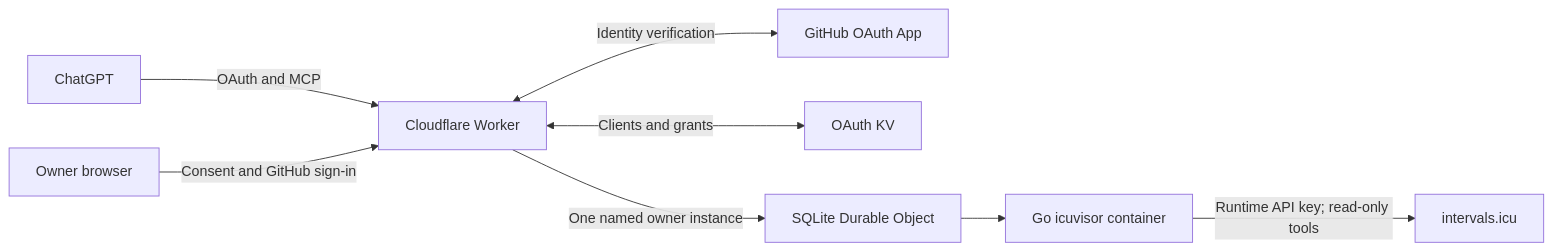
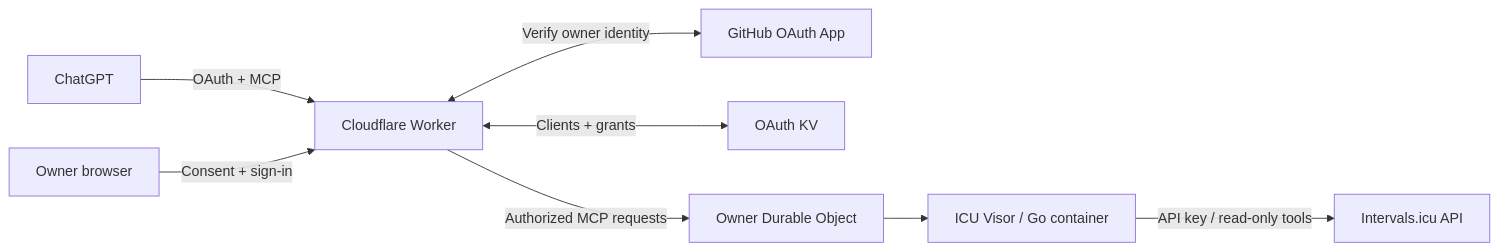
Before and after one commit to lirantal/cloudflare-intervals-icu-mcp-template: the diagram in README.md, drawn with Mermaid. The commit also changed other lines of this file, not shown here.

Commit message:
docs: improve Intervals.icu template README

````diff
--- a/README.md
+++ b/README.md
@@ -7,10 +18,10 @@
 ```mermaid
 flowchart LR
-  C[ChatGPT] -->|OAuth and MCP| W[Cloudflare Worker]
-  B[Owner browser] -->|Consent and GitHub sign-in| W
-  W <-->|Identity verification| G[GitHub OAuth App]
-  W <-->|Clients and grants| K[OAuth KV]
-  W -->|One named owner instance| D[SQLite Durable Object]
-  D --> V[Go icuvisor container]
-  V -->|Runtime API key; read-only tools| I[intervals.icu]
+  C[ChatGPT] -->|OAuth + MCP| W[Cloudflare Worker]
+  B[Owner browser] -->|Consent + sign-in| W
+  W <-->|Verify owner identity| G[GitHub OAuth App]
+  W <-->|Clients + grants| K[OAuth KV]
+  W -->|Authorized MCP requests| D[Owner Durable Object]
+  D --> V[ICU Visor / Go container]
+  V -->|API key / read-only tools| I[Intervals.icu API]
 ```
````
